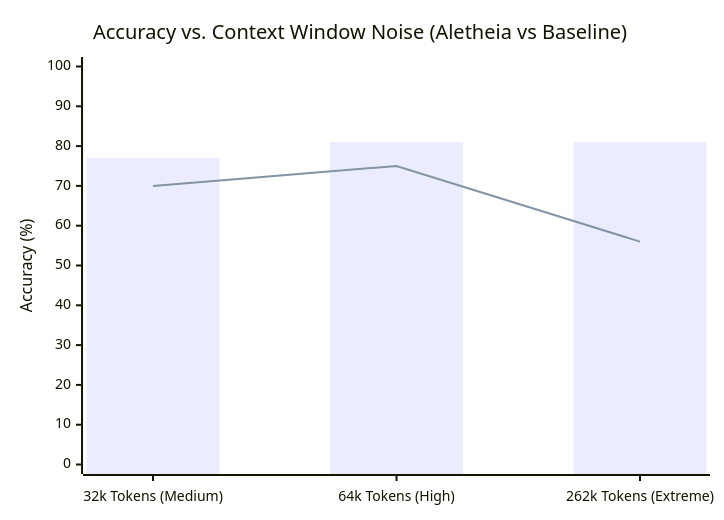
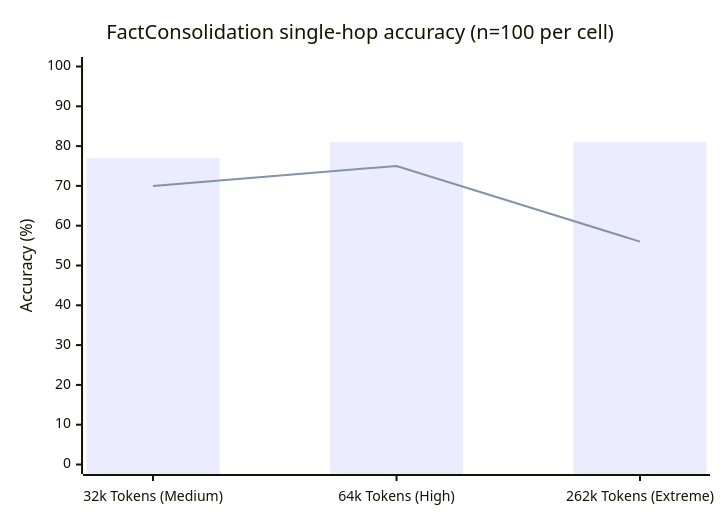
One commit to 0xmaster7/Aletheia changed the diagram in paper/diagrams/diagram2_noise_resilience.mmd. Above: the diagram before and after it, drawn with Mermaid. The commit also changed 21 other files, not shown here.

Commit message:
Align documentation and offline checks with final native-router paper

```diff
--- a/paper/diagrams/diagram2_noise_resilience.mmd
+++ b/paper/diagrams/diagram2_noise_resilience.mmd
@@ -1,8 +1,9 @@
-%% Legacy, mixed-provenance FactConsolidation comparison (Table I); not the matched BM25 comparison in Table II.
+%% Final paper Figure 2: mixed-provenance FactConsolidation comparison; matched 262k controls are Table I.
+%% Bars: native Aletheia. Line: direct BM25, imported at 32k/64k and our unmatched temperature-0.7 run at 262k.
 %% Note: Rendering this requires a Mermaid viewer that supports xychart-beta
 xychart-beta
-    title "Accuracy vs. Context Window Noise (Aletheia vs Baseline)"
+    title "FactConsolidation single-hop accuracy (n=100 per cell)"
     x-axis ["32k Tokens (Medium)", "64k Tokens (High)", "262k Tokens (Extreme)"]
     y-axis "Accuracy (%)" 0 --> 100
     bar [77, 81, 81]
     line [70, 75, 56]
```
